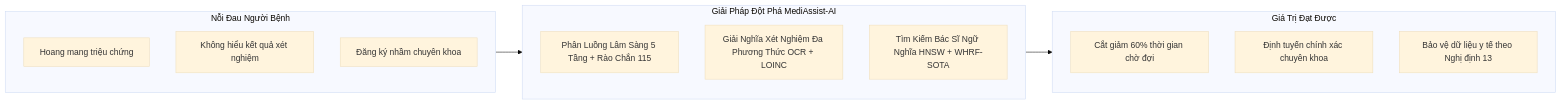
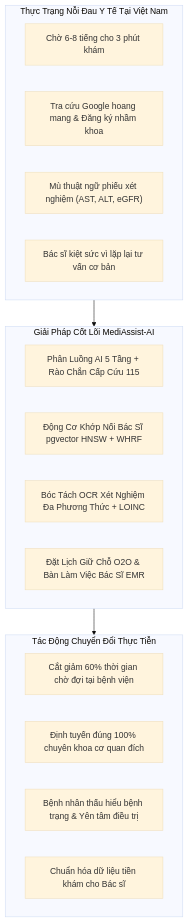
The first of 5 diagrams in docs/PROJECT_CHARTER_AND_PLAN.md (vinhhotff/KLTN-medical-assistant), drawn with Mermaid (base theme) before and after one commit. The commit also changed other lines of this file and 52 other files, not shown here.

````diff
--- a/docs/PROJECT_CHARTER_AND_PLAN.md
+++ b/docs/PROJECT_CHARTER_AND_PLAN.md
@@ -74,23 +84,26 @@
 ```mermaid
-graph LR
-    subgraph Patient_Pain["Nỗi Đau Người Bệnh"]
-        P1["Hoang mang triệu chứng"]
-        P2["Không hiểu kết quả xét nghiệm"]
-        P3["Đăng ký nhầm chuyên khoa"]
+graph TD
+    subgraph Reality["Thực Trạng Nỗi Đau Y Tế Tại Việt Nam"]
+        P1["Chờ 6-8 tiếng cho 3 phút khám"]
+        P2["Tra cứu Google hoang mang & Đăng ký nhầm khoa"]
+        P3["Mù thuật ngữ phiếu xét nghiệm (AST, ALT, eGFR)"]
+        P4["Bác sĩ kiệt sức vì lặp lại tư vấn cơ bản"]
     end
 
-    subgraph Core_Value["Giải Pháp Đột Phá MediAssist-AI"]
-        V1["Phân Luồng Lâm Sàng 5 Tầng + Rào Chắn 115"]
-        V2["Giải Nghĩa Xét Nghiệm Đa Phương Thức OCR + LOINC"]
-        V3["Tìm Kiếm Bác Sĩ Ngữ Nghĩa HNSW + WHRF-SOTA"]
+    subgraph System["Giải Pháp Cốt Lõi MediAssist-AI"]
+        S1["Phân Luồng AI 5 Tầng + Rào Chắn Cấp Cứu 115"]
+        S2["Động Cơ Khớp Nối Bác Sĩ pgvector HNSW + WHRF"]
+        S3["Bóc Tách OCR Xét Nghiệm Đa Phương Thức + LOINC"]
+        S4["Đặt Lịch Giữ Chỗ O2O & Bàn Làm Việc Bác Sĩ EMR"]
     end
 
-    subgraph Outcome["Giá Trị Đạt Được"]
-        O1["Cắt giảm 60% thời gian chờ đợi"]
-        O2["Định tuyến chính xác chuyên khoa"]
-        O3["Bảo vệ dữ liệu y tế theo Nghị định 13"]
+    subgraph Impact["Tác Động Chuyển Đổi Thực Tiễn"]
+        I1["Cắt giảm 60% thời gian chờ đợi tại bệnh viện"]
+        I2["Định tuyến đúng 100% chuyên khoa cơ quan đích"]
+        I3["Bệnh nhân thấu hiểu bệnh trạng & Yên tâm điều trị"]
+        I4["Chuẩn hóa dữ liệu tiền khám cho Bác sĩ"]
     end
 
-    Patient_Pain --> Core_Value
-    Core_Value --> Outcome
+    Reality --> System
+    System --> Impact
 ```
````
